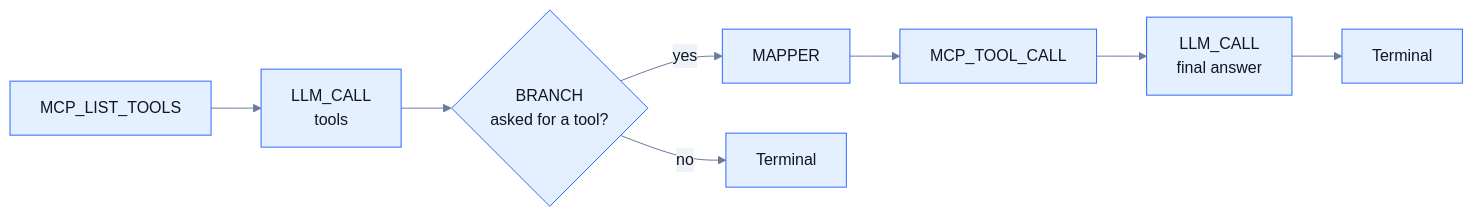
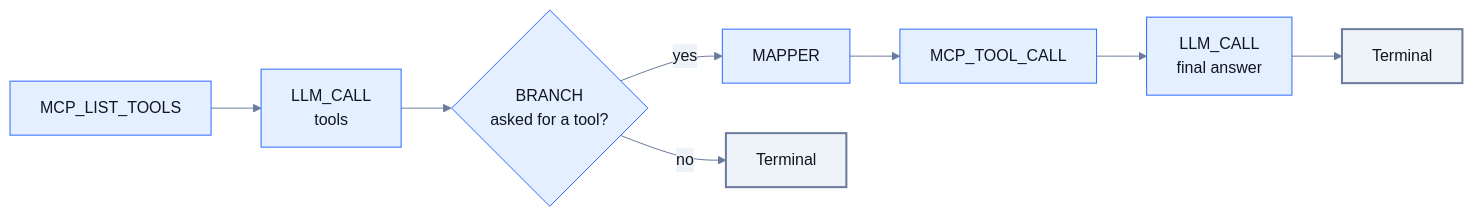
One commit to infenia/yukta changed the diagram in docs/building/ai-and-agents.mdx. Above: the diagram before and after it, drawn with Mermaid. The commit also changed 13 other files, not shown here.

````diff
--- a/docs/building/ai-and-agents.mdx
+++ b/docs/building/ai-and-agents.mdx
@@ -78,9 +78,11 @@
 ```mermaid
 %%{init: {'theme':'base','themeVariables':{'primaryColor':'#E4EFFF','primaryBorderColor':'#2F6BFF','primaryTextColor':'#11161F','secondaryColor':'#EEF2F9','tertiaryColor':'#FBFCFE','lineColor':'#6A7A9B','fontFamily':'Inter, sans-serif'}}}%%
 flowchart LR
   L["MCP_LIST_TOOLS"] --> P["LLM_CALL<br/>tools"]
   P --> B{"BRANCH<br/>asked for a tool?"}
   B -- yes --> M["MAPPER"] --> A["MCP_TOOL_CALL"] --> F["LLM_CALL<br/>final answer"]
   B -- no --> D["Terminal"]
   F --> E["Terminal"]
+  classDef terminal fill:#EEF2F9,stroke:#6A7A9B,stroke-width:2px,color:#11161F
+  class D,E terminal
 ```
````
